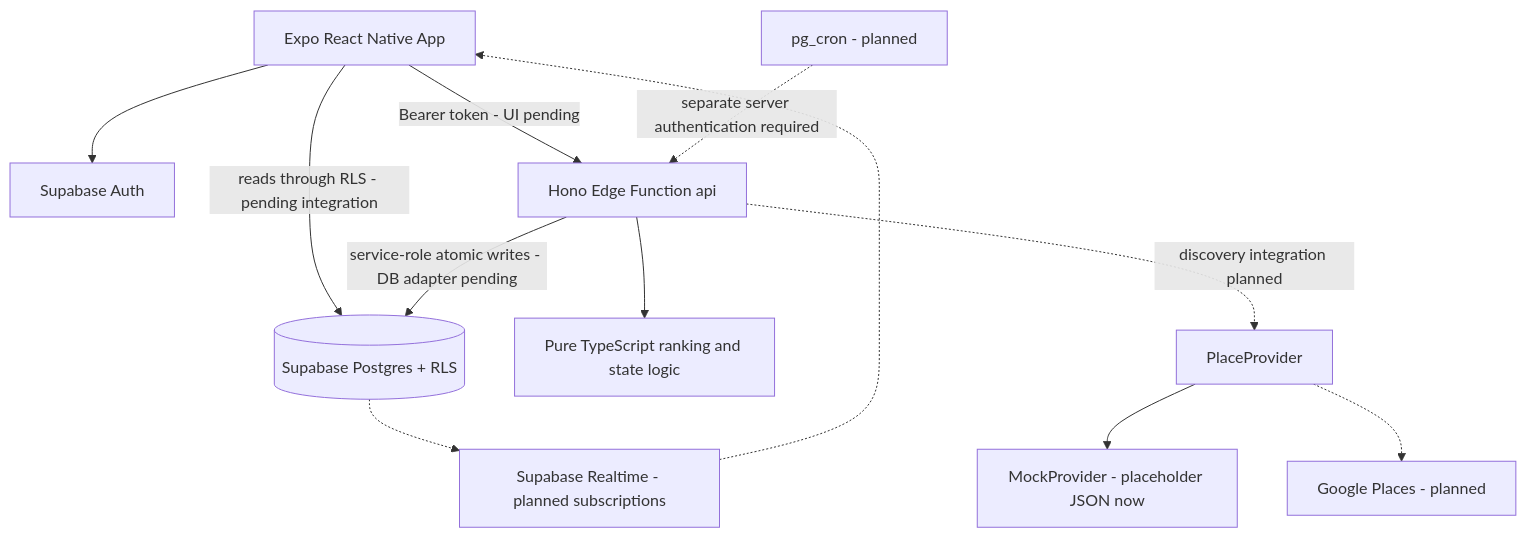
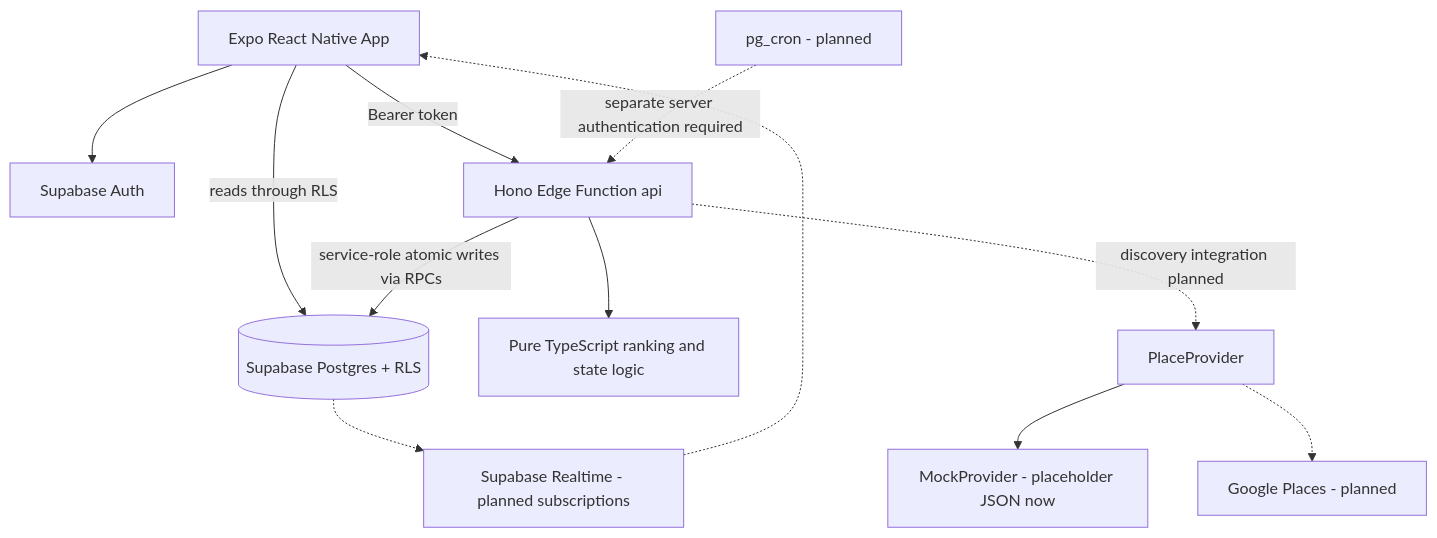
One commit to mopsha/WTW-CSE416 changed the third of 3 diagrams in docs/design.md. Above: the diagram before and after it, drawn with Mermaid. The commit also changed other lines of this file and 5 other files, not shown here.

````diff
--- a/docs/design.md
+++ b/docs/design.md
@@ -175,14 +175,14 @@
 ```mermaid
 flowchart TD
     App[Expo React Native App] --> Auth[Supabase Auth]
-    App -->|reads through RLS - pending integration| DB[(Supabase Postgres + RLS)]
-    App -->|Bearer token - UI pending| API[Hono Edge Function api]
-    API -->|service-role atomic writes - DB adapter pending| DB
+    App -->|reads through RLS| DB[(Supabase Postgres + RLS)]
+    App -->|Bearer token| API[Hono Edge Function api]
+    API -->|service-role atomic writes via RPCs| DB
     API --> Domain[Pure TypeScript ranking and state logic]
     API -.->|discovery integration planned| Provider[PlaceProvider]
     Provider --> Mock[MockProvider - placeholder JSON now]
     Provider -.-> Google[Google Places - planned]
     DB -.-> Realtime[Supabase Realtime - planned subscriptions]
     Realtime -.-> App
     Cron[pg_cron - planned] -.->|separate server authentication required| API
 ```
````
